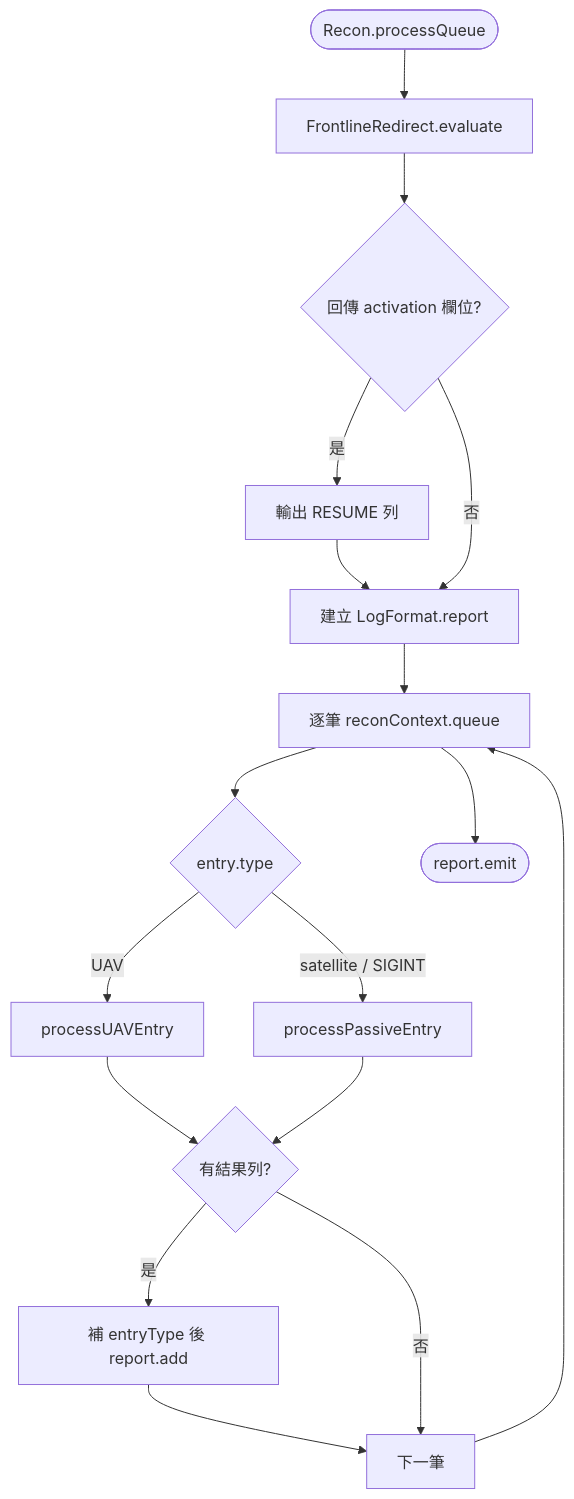
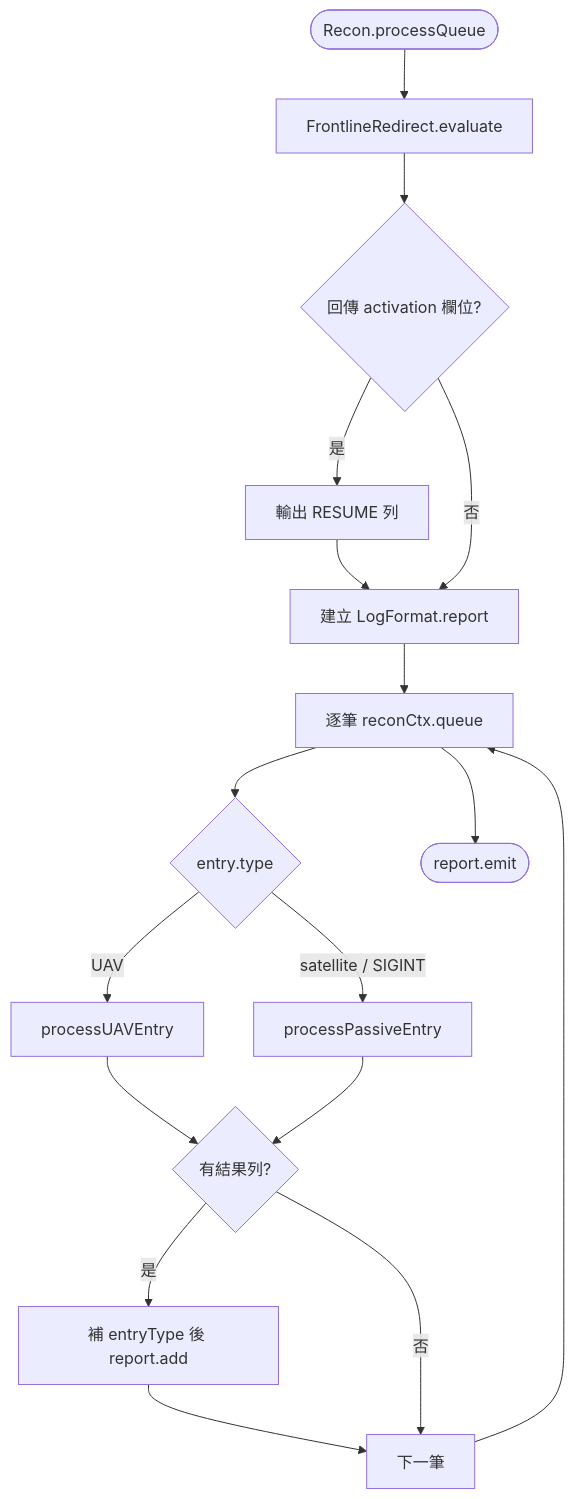
Before and after one commit to pullupjumper/formosa-in-flames: the third of 4 diagrams in docs/strikePlanner/recon.md, drawn with Mermaid. The commit also changed other lines of this file and 63 other files, not shown here.

````diff
--- a/docs/strikePlanner/recon.md
+++ b/docs/strikePlanner/recon.md
@@ -145,27 +145,27 @@
 ```mermaid
 flowchart TD
     TICK(["Recon.processQueue"])
     EVAL["FrontlineRedirect.evaluate"]
     ACT{"回傳 activation 欄位?"}
     ACTLOG["輸出 RESUME 列"]
     REPORT["建立 LogFormat.report"]
-    LOOP["逐筆 reconContext.queue"]
+    LOOP["逐筆 reconCtx.queue"]
     TYPE{"entry.type"}
     UAV["processUAVEntry"]
     PASSIVE["processPassiveEntry"]
     HASROW{"有結果列?"}
     ADD["補 entryType 後 report.add"]
     NEXT["下一筆"]
     EMIT(["report.emit"])
 
     TICK --> EVAL --> ACT
     ACT -->|是| ACTLOG --> REPORT
     ACT -->|否| REPORT
     REPORT --> LOOP --> TYPE
     TYPE -->|UAV| UAV --> HASROW
     TYPE -->|satellite / SIGINT| PASSIVE --> HASROW
     HASROW -->|是| ADD --> NEXT
     HASROW -->|否| NEXT
     NEXT --> LOOP
     LOOP --> EMIT
 ```
````
